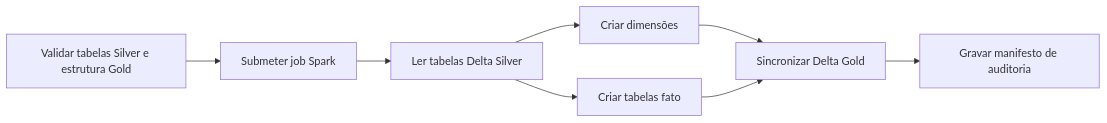
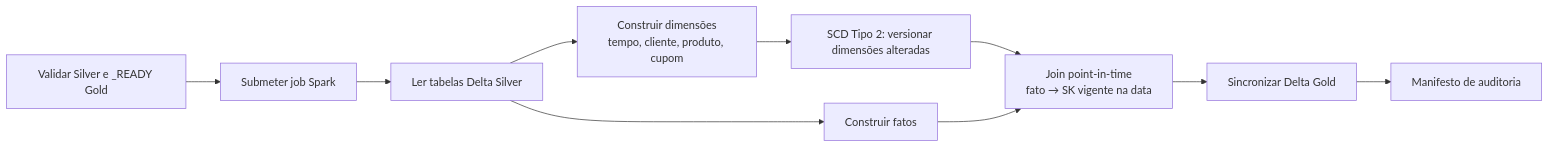
Before and after one commit to olucasoliverio/Engenharia_Dados_Final: the diagram in docs/dag_silver_gold.md, drawn with Mermaid. The commit also changed other lines of this file and 10 other files, not shown here.

````diff
--- a/docs/dag_silver_gold.md
+++ b/docs/dag_silver_gold.md
@@ -9,10 +34,12 @@
 ```mermaid
 flowchart LR
-    A[Validar tabelas Silver e estrutura Gold] --> B[Submeter job Spark]
+    A[Validar Silver e _READY Gold] --> B[Submeter job Spark]
     B --> C[Ler tabelas Delta Silver]
-    C --> D[Criar dimensões]
-    C --> E[Criar tabelas fato]
-    D --> F[Sincronizar Delta Gold]
-    E --> F
-    F --> G[Gravar manifesto de auditoria]
+    C --> D[Construir dimensões<br/>tempo, cliente, produto, cupom]
+    D --> E[SCD Tipo 2: versionar dimensões alteradas]
+    C --> F[Construir fatos]
+    E --> G[Join point-in-time<br/>fato → SK vigente na data]
+    F --> G
+    G --> H[Sincronizar Delta Gold]
+    H --> I[Manifesto de auditoria]
 ```
````
